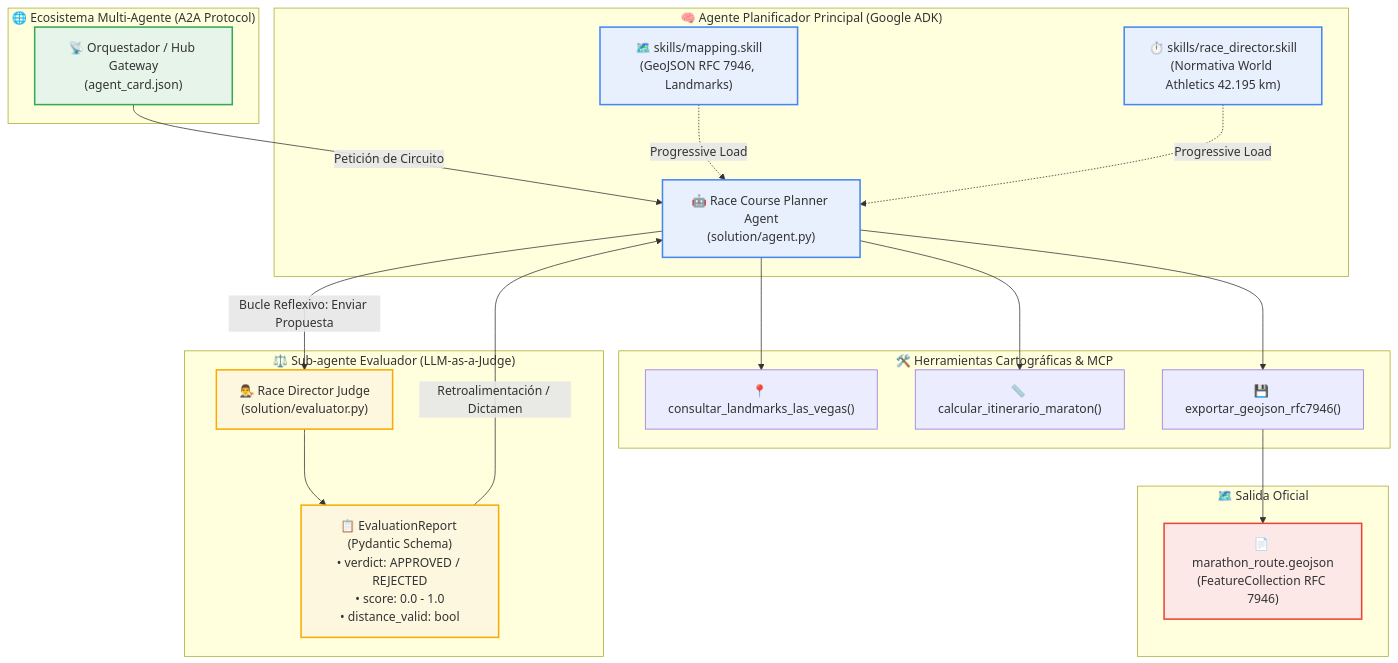
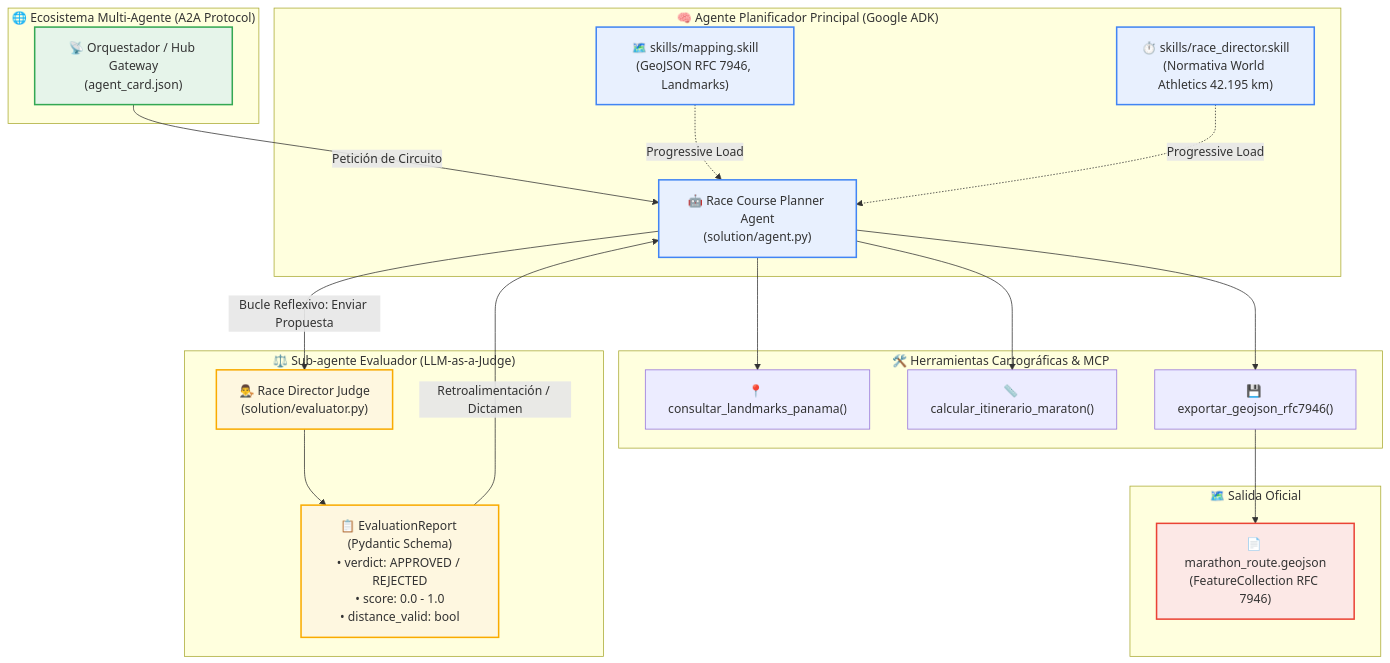
Before and after one commit to aaron-the-warrior/cloud_runner_2049: the diagram in README.md, drawn with Mermaid. The commit also changed other lines of this file and 13 other files, not shown here.

````diff
--- a/README.md
+++ b/README.md
@@ -82,47 +82,47 @@
 ```mermaid
 flowchart TD
     subgraph Hub["🌐 Ecosistema Multi-Agente (A2A Protocol)"]
         A2A["📡 Orquestador / Hub Gateway<br>(agent_card.json)"]
     end
 
     subgraph Core["🧠 Agente Planificador Principal (Google ADK)"]
         Planner["🤖 Race Course Planner Agent<br>(solution/agent.py)"]
         Skill1["🗺️ skills/mapping.skill<br>(GeoJSON RFC 7946, Landmarks)"]
         Skill2["⏱️ skills/race_director.skill<br>(Normativa World Athletics 42.195 km)"]
     end
 
     subgraph Tools["🛠️ Herramientas Cartográficas & MCP"]
-        Tool1["📍 consultar_landmarks_las_vegas()"]
+        Tool1["📍 consultar_landmarks_panama()"]
         Tool2["📏 calcular_itinerario_maraton()"]
         Tool3["💾 exportar_geojson_rfc7946()"]
     end
 
     subgraph Judge["⚖️ Sub-agente Evaluador (LLM-as-a-Judge)"]
         Evaluator["👨‍⚖️ Race Director Judge<br>(solution/evaluator.py)"]
         Pydantic["📋 EvaluationReport (Pydantic Schema)<br>• verdict: APPROVED / REJECTED<br>• score: 0.0 - 1.0<br>• distance_valid: bool"]
     end
 
     subgraph Artifact["🗺️ Salida Oficial"]
         GeoJSON["📄 marathon_route.geojson<br>(FeatureCollection RFC 7946)"]
     end
 
     A2A -->|Petición de Circuito| Planner
     Skill1 -.->|Progressive Load| Planner
     Skill2 -.->|Progressive Load| Planner
     Planner --> Tool1
     Planner --> Tool2
     Planner -->|Bucle Reflexivo: Enviar Propuesta| Evaluator
     Evaluator --> Pydantic
     Pydantic -->|Retroalimentación / Dictamen| Planner
     Planner --> Tool3
     Tool3 --> GeoJSON
 
     classDef core fill:#e8f0fe,stroke:#4285f4,stroke-width:2px;
     classDef judge fill:#fef7e0,stroke:#f9ab00,stroke-width:2px;
     classDef hub fill:#e6f4ea,stroke:#34a853,stroke-width:2px;
     classDef art fill:#fce8e6,stroke:#ea4335,stroke-width:2px;
     class Planner,Skill1,Skill2 core;
     class Evaluator,Pydantic judge;
     class A2A hub;
     class GeoJSON art;
 ```
````
